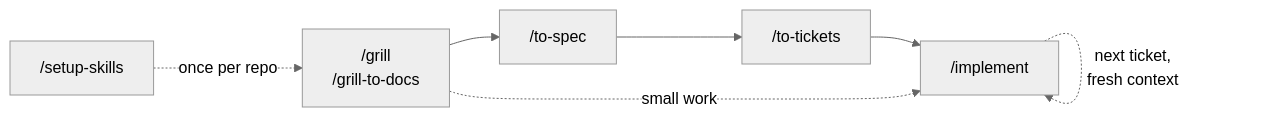
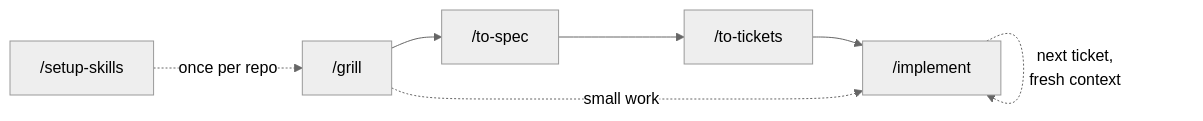
One commit to loijilai/skills changed the diagram in README.md. Above: the diagram before and after it, drawn with Mermaid (neutral theme). The commit also changed other lines of this file and 21 other files, not shown here.

````diff
--- a/README.md
+++ b/README.md
@@ -25,9 +25,9 @@
 ```mermaid
 flowchart LR
     S["/setup-skills"] -. "once per repo" .-> G
-    G["/grill<br/>/grill-to-docs"] --> TS["/to-spec"]
+    G["/grill"] --> TS["/to-spec"]
     TS --> TT["/to-tickets"]
     TT --> IM["/implement"]
     G -. "small work" .-> IM
     IM -. "next ticket,<br/>fresh context" .-> IM
 ```
````
